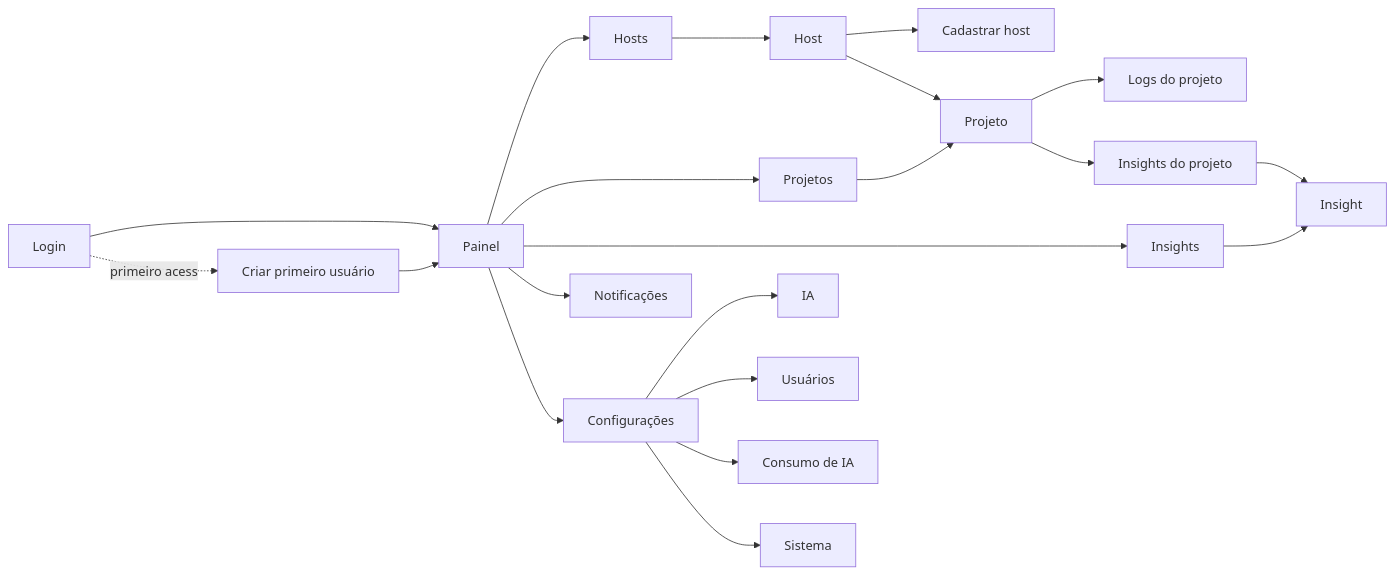
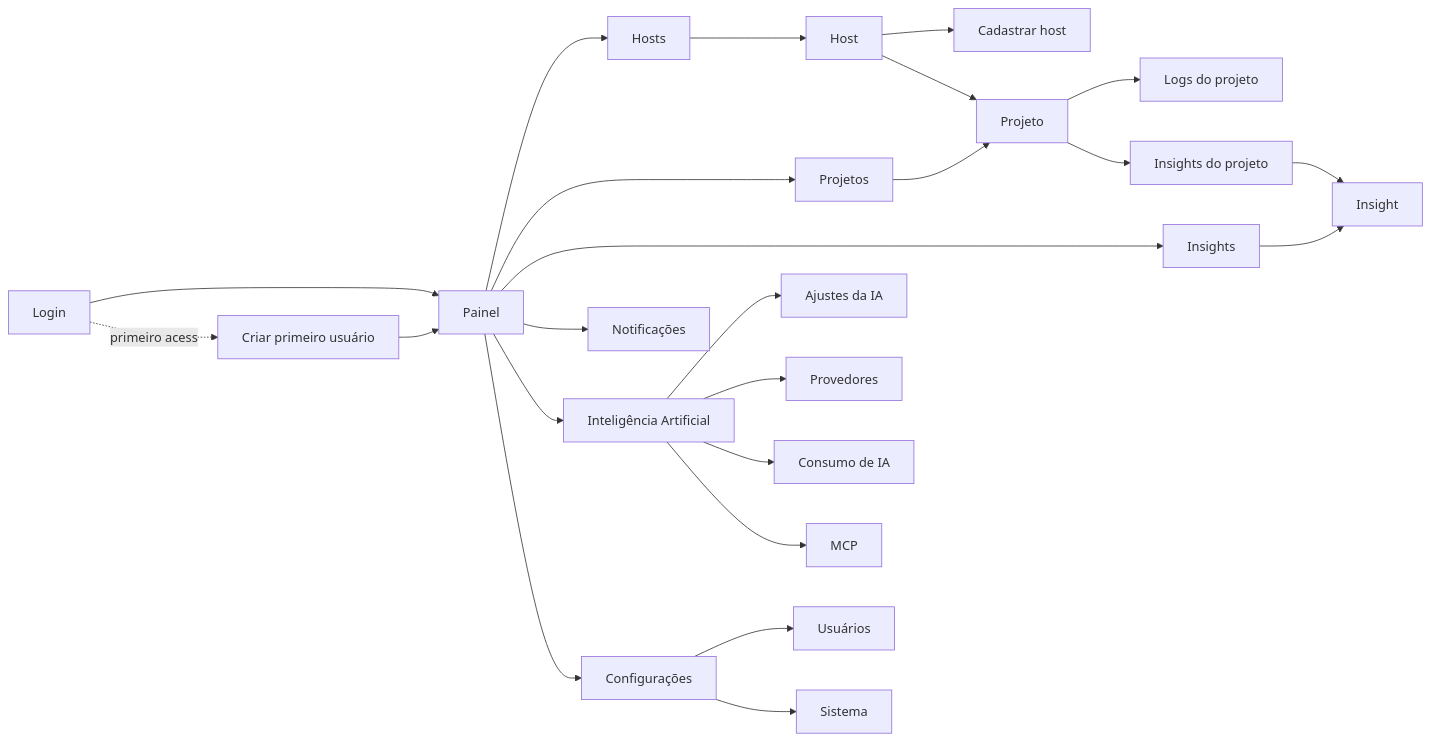
Before and after one commit to juannobrega/lognix: the diagram in .documentation/Planning/06 Frontend/Mapa de Telas.md, drawn with Mermaid. The commit also changed other lines of this file and 41 other files, not shown here.

````diff
--- a/.documentation/Planning/06 Frontend/Mapa de Telas.md
+++ b/.documentation/Planning/06 Frontend/Mapa de Telas.md
@@ -16,23 +16,26 @@
 ```mermaid
 flowchart LR
     LOGIN[Login] --> PAINEL[Painel]
     LOGIN -.primeiro acesso.-> SETUP[Criar primeiro usuário]
     SETUP --> PAINEL
     PAINEL --> HOSTS[Hosts]
     PAINEL --> PROJETOS[Projetos]
     PAINEL --> INSIGHTS[Insights]
     PAINEL --> NOTIF[Notificações]
+    PAINEL --> IA[Inteligência Artificial]
     PAINEL --> CONFIG[Configurações]
     HOSTS --> HOST[Host]
     HOST --> NOVOHOST[Cadastrar host]
     HOST --> PROJETO[Projeto]
     PROJETOS --> PROJETO
     PROJETO --> LOGS[Logs do projeto]
     PROJETO --> PINS[Insights do projeto]
     INSIGHTS --> INSIGHT[Insight]
     PINS --> INSIGHT
-    CONFIG --> IA[IA]
+    IA --> AJUSTES[Ajustes da IA]
+    IA --> PROVEDORES[Provedores]
+    IA --> CONSUMO[Consumo de IA]
+    IA --> MCP[MCP]
     CONFIG --> USUARIOS[Usuários]
-    CONFIG --> CONSUMO[Consumo de IA]
     CONFIG --> SISTEMA[Sistema]
 ```
````
